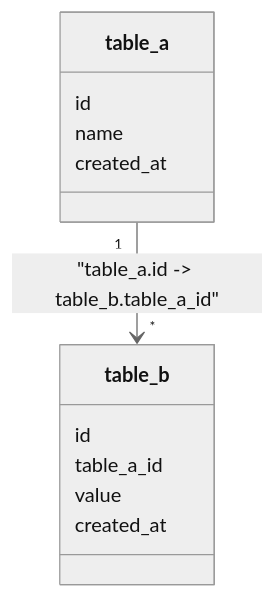
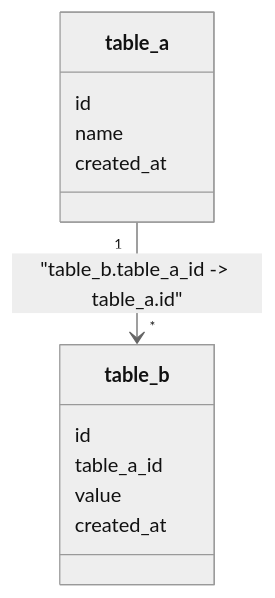
One commit to diegobermudez03/playhoot changed the diagram in docs/ai/templates/domain/DATA_MODEL.template.md. Above: the diagram before and after it, drawn with Mermaid (neutral theme). The commit also changed other lines of this file and 1 other file, not shown here.

````diff
--- a/docs/ai/templates/domain/DATA_MODEL.template.md
+++ b/docs/ai/templates/domain/DATA_MODEL.template.md
@@ -11,17 +11,17 @@
 ```mermaid
 classDiagram
     class table_a {
         id
         name
         created_at
     }
 
     class table_b {
         id
         table_a_id
         value
         created_at
     }
 
-    table_a "1" --> "*" table_b : "table_a.id -> table_b.table_a_id"
+    table_a "1" --> "*" table_b : "table_b.table_a_id -> table_a.id"
 ```
````
